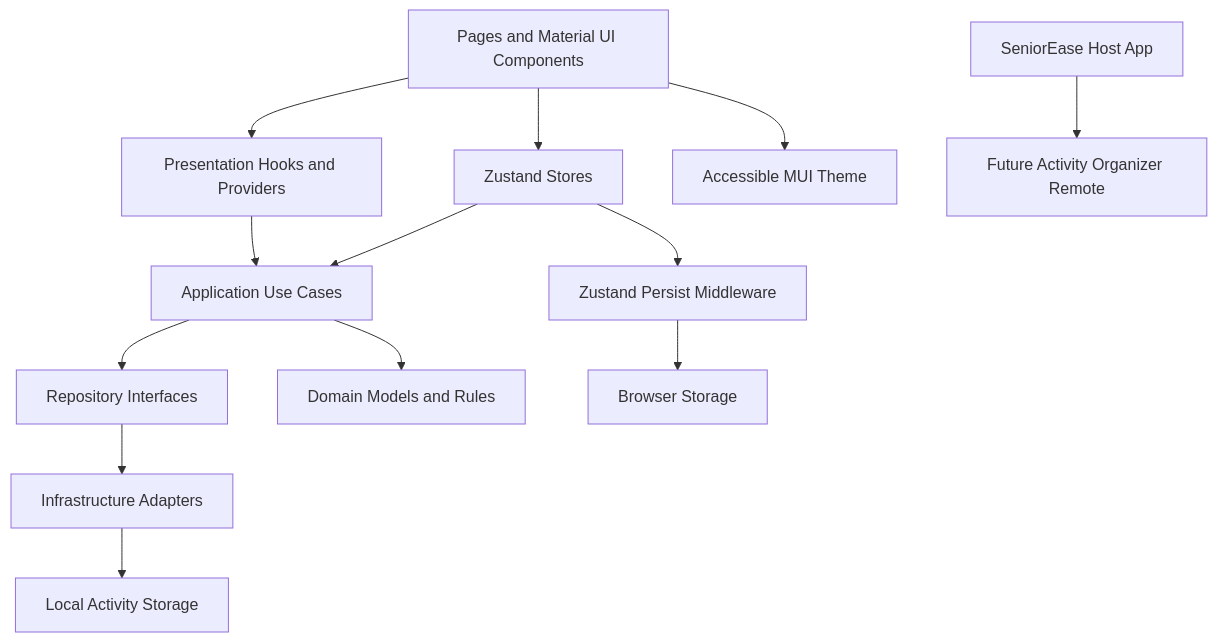
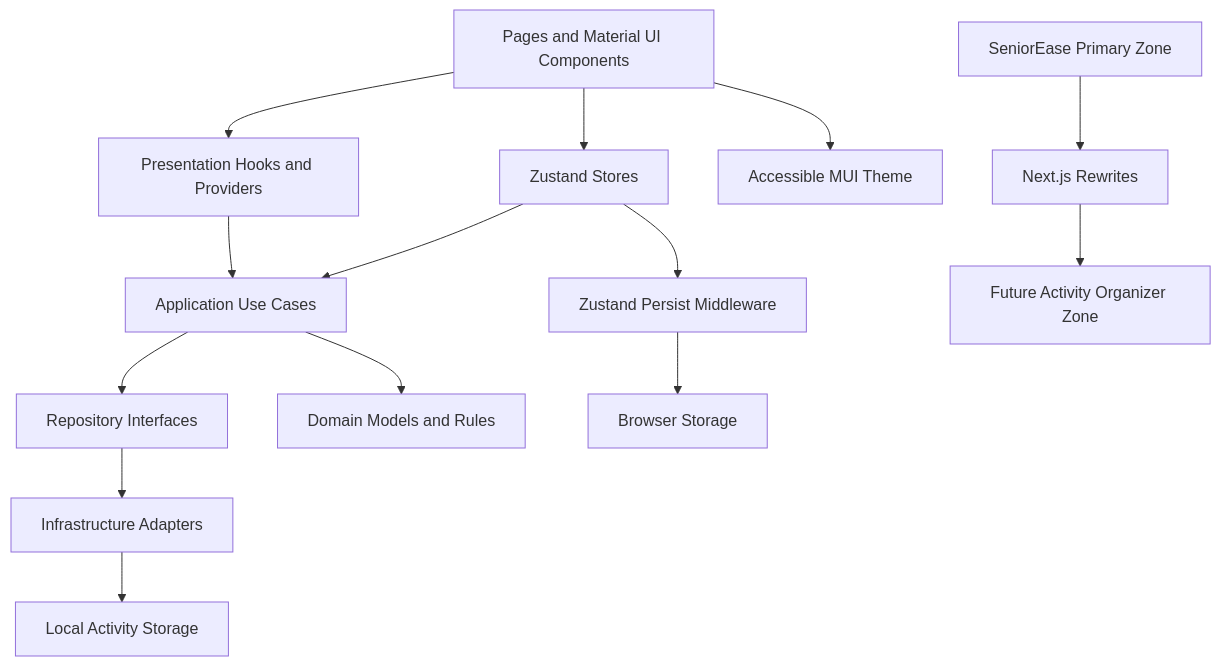
The diagram in .specs/features/seniorease-platform/design.md (carollyb/seniorease-web), drawn with Mermaid before and after one commit. The commit also changed other lines of this file and 8 other files, not shown here.

````diff
--- a/.specs/features/seniorease-platform/design.md
+++ b/.specs/features/seniorease-platform/design.md
@@ -12,15 +12,16 @@
 ```mermaid
 graph TD
     UI[Pages and Material UI Components] --> Hooks[Presentation Hooks and Providers]
     UI --> Stores[Zustand Stores]
     Hooks --> UseCases[Application Use Cases]
     Stores --> UseCases
     Stores --> Persist[Zustand Persist Middleware]
     Persist --> BrowserStorage[Browser Storage]
     UseCases --> Ports[Repository Interfaces]
     Ports --> Adapters[Infrastructure Adapters]
     Adapters --> Storage[Local Activity Storage]
     UseCases --> Domain[Domain Models and Rules]
     UI --> Theme[Accessible MUI Theme]
-    Host[SeniorEase Host App] --> Remote[Future Activity Organizer Remote]
+    PrimaryZone[SeniorEase Primary Zone] --> Rewrites[Next.js Rewrites]
+    Rewrites --> ActivityZone[Future Activity Organizer Zone]
 ```
````
